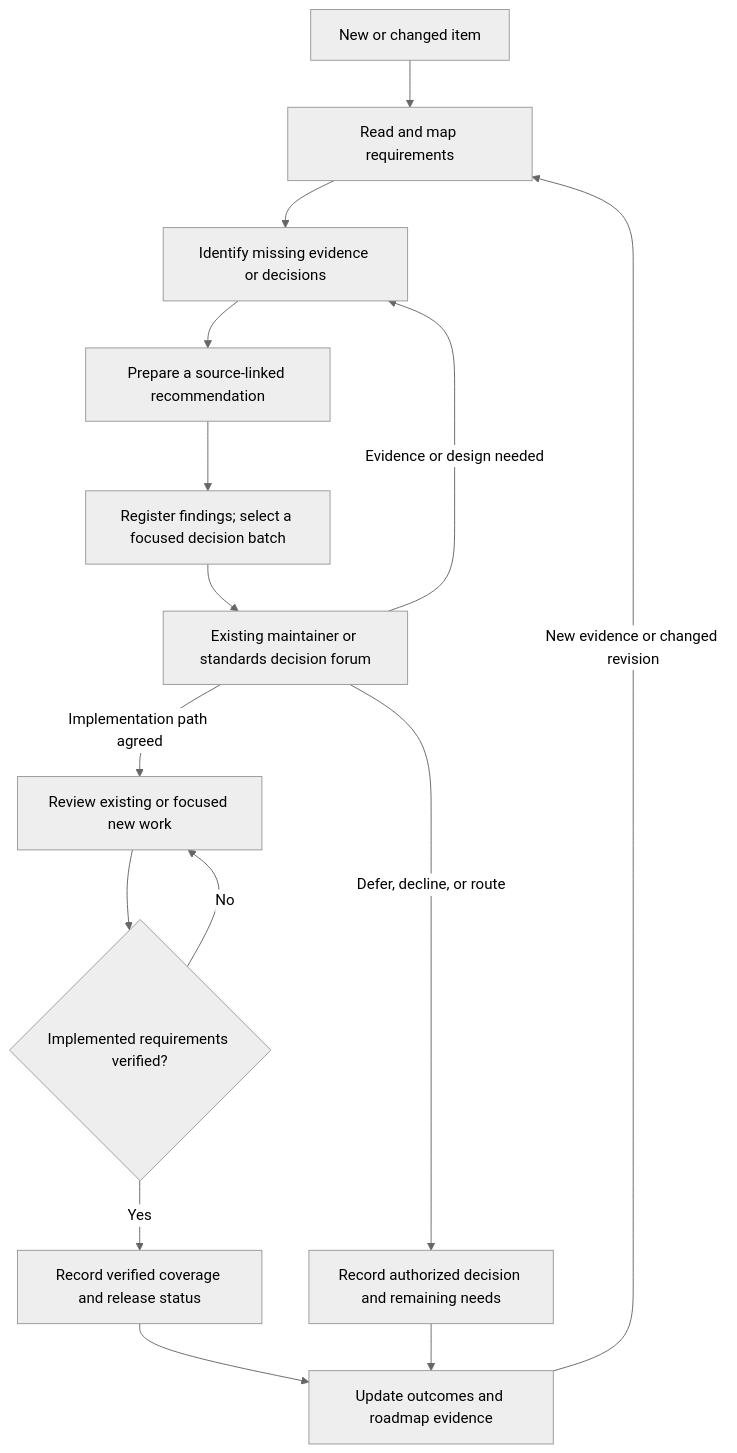
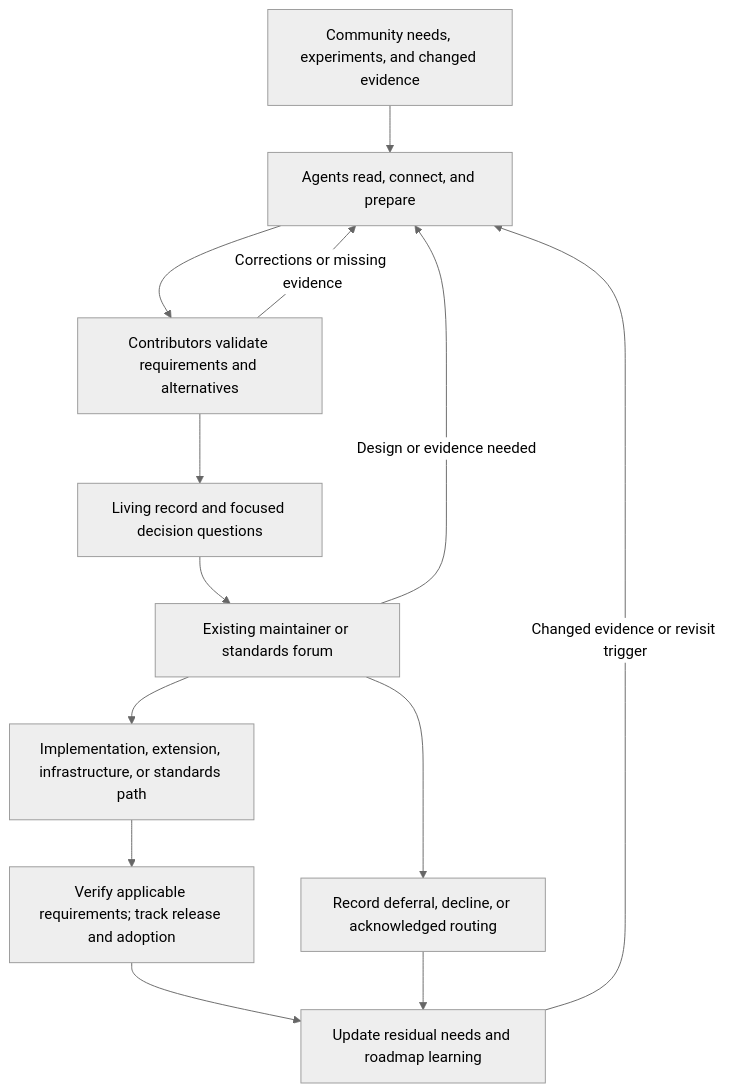
The diagram in proposals/community-triage/README.md (asluk/OpenUSD-proposals), drawn with Mermaid (neutral theme) before and after one commit. The commit also changed other lines of this file and 9 other files, not shown here.

````diff
--- a/proposals/community-triage/README.md
+++ b/proposals/community-triage/README.md
@@ -212,17 +188,15 @@
 ```mermaid
 flowchart TD
-    A["New or changed item"] --> B["Read and map requirements"]
-    B --> C["Identify missing evidence or decisions"]
-    C --> D["Prepare a source-linked recommendation"]
-    D --> Q["Register findings; select a focused decision batch"]
-    Q --> E["Existing maintainer or standards decision forum"]
-    E -->|Evidence or design needed| C
-    E -->|Implementation path agreed| F["Review existing or focused new work"]
-    F --> G{"Implemented requirements verified?"}
-    G -->|No| F
-    G -->|Yes| H["Record verified coverage and release status"]
-    E -->|Defer, decline, or route| I["Record authorized decision and remaining needs"]
-    H --> J["Update outcomes and roadmap evidence"]
-    I --> J
-    J -->|New evidence or changed revision| B
+    A["Community needs, experiments, and changed evidence"] --> B["Agents read, connect, and prepare"]
+    B --> C["Contributors validate requirements and alternatives"]
+    C -->|Corrections or missing evidence| B
+    C --> D["Living record and focused decision questions"]
+    D --> E["Existing maintainer or standards forum"]
+    E -->|Design or evidence needed| B
+    E --> F["Implementation, extension, infrastructure, or standards path"]
+    F --> G["Verify applicable requirements; track release and adoption"]
+    E --> H["Record deferral, decline, or acknowledged routing"]
+    G --> I["Update residual needs and roadmap learning"]
+    H --> I
+    I -->|Changed evidence or revisit trigger| B
 ```
````
